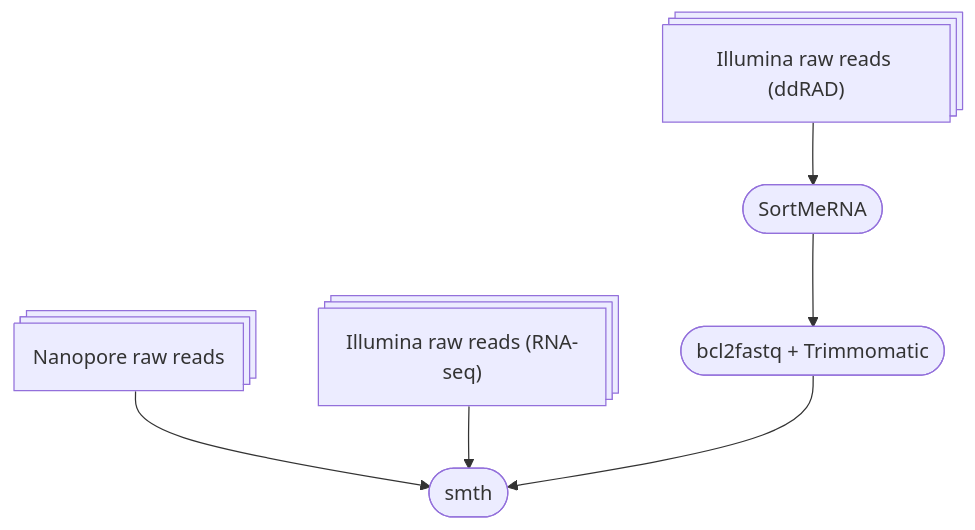
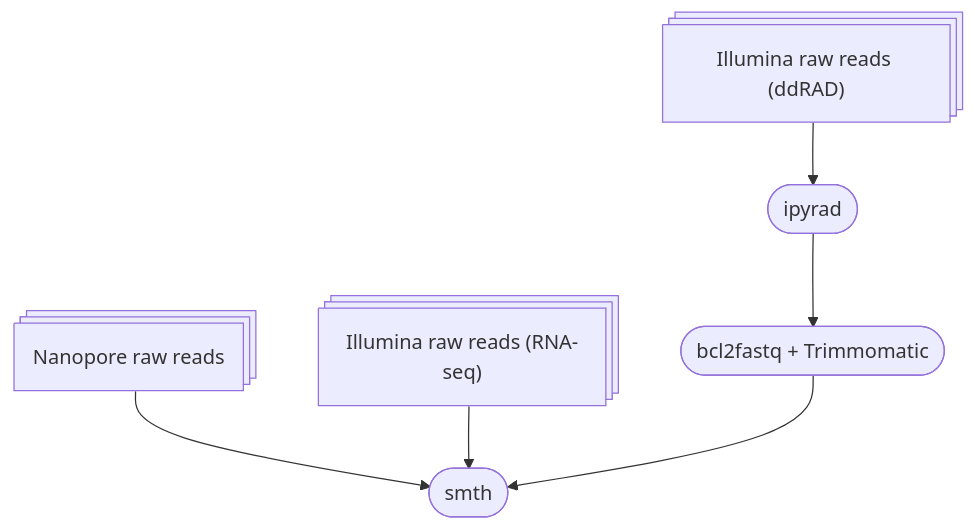
The diagram in README.md (kuprinak/Drosera_pogen), drawn with Mermaid before and after one commit. The commit also changed other lines of this file, not shown here.

````diff
--- a/README.md
+++ b/README.md
@@ -17,8 +19,8 @@
 ```mermaid
 flowchart TB
-A@{shape: procs, label: "Illumina raw reads (ddRAD)"} --> B([SortMeRNA]);
+A@{shape: procs, label: "Illumina raw reads (ddRAD)"} --> B([ipyrad]);
 B --> C([bcl2fastq + Trimmomatic]);
 AA@{shape: procs, label: "Nanopore raw reads"} --> K([rnaSPAdes]);
 AAA@{shape: procs, label: "Illumina raw reads (RNA-seq)"} --> K([rnaSPAdes]);
 C --> K([smth])
 ```
````
